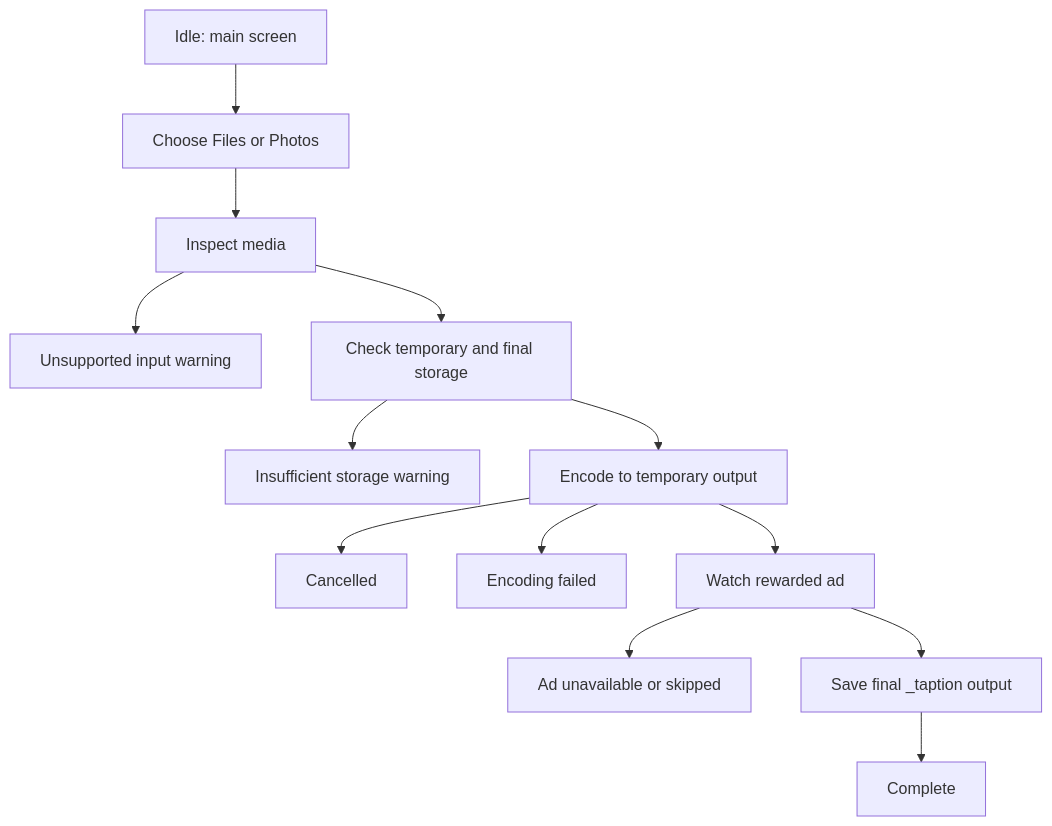
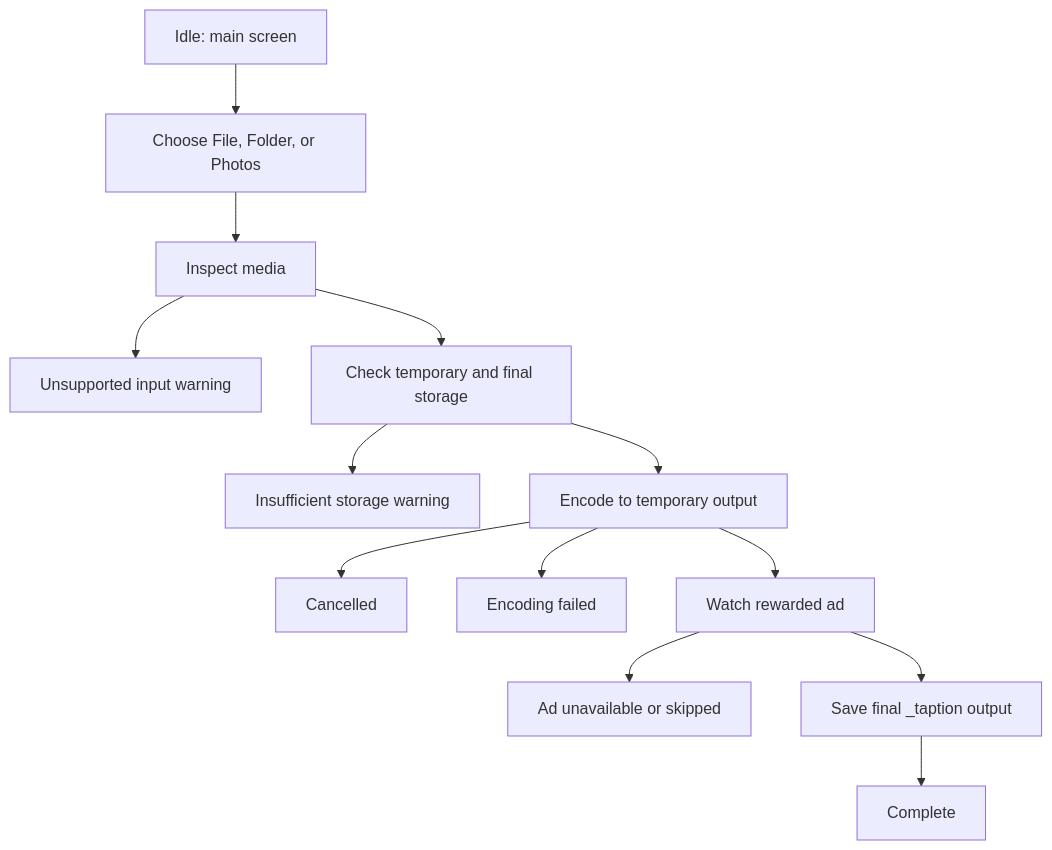
Before and after one commit to yongyeonyu/taption-encoder: the first of 5 diagrams in docs/APP_ARCHITECTURE.md, drawn with Mermaid. The commit also changed other lines of this file and 77 other files, not shown here.

````diff
--- a/docs/APP_ARCHITECTURE.md
+++ b/docs/APP_ARCHITECTURE.md
@@ -186,15 +264,15 @@
 ```mermaid
 flowchart TD
-    Idle["Idle: main screen"] --> Source["Choose Files or Photos"]
+    Idle["Idle: main screen"] --> Source["Choose File, Folder, or Photos"]
     Source --> Inspect["Inspect media"]
     Inspect --> Unsupported["Unsupported input warning"]
     Inspect --> StorageCheck["Check temporary and final storage"]
     StorageCheck --> NoSpace["Insufficient storage warning"]
     StorageCheck --> Encode["Encode to temporary output"]
     Encode --> Cancelled["Cancelled"]
     Encode --> Failed["Encoding failed"]
     Encode --> Reward["Watch rewarded ad"]
     Reward --> RewardFailed["Ad unavailable or skipped"]
     Reward --> Save["Save final _taption output"]
     Save --> Complete["Complete"]
 ```
````
